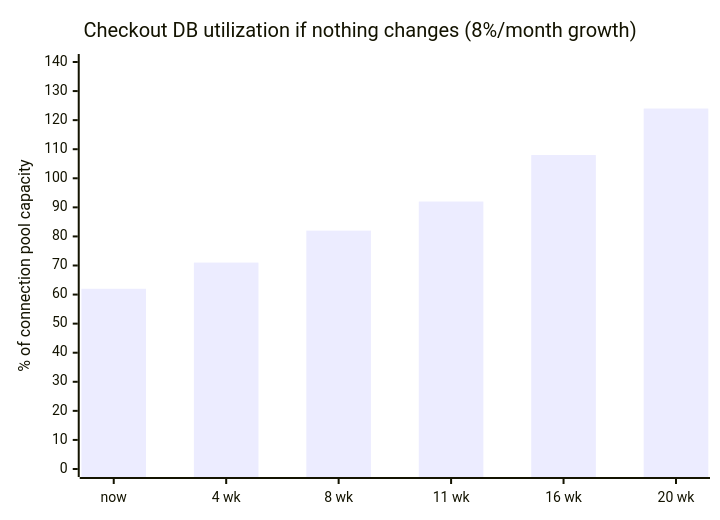
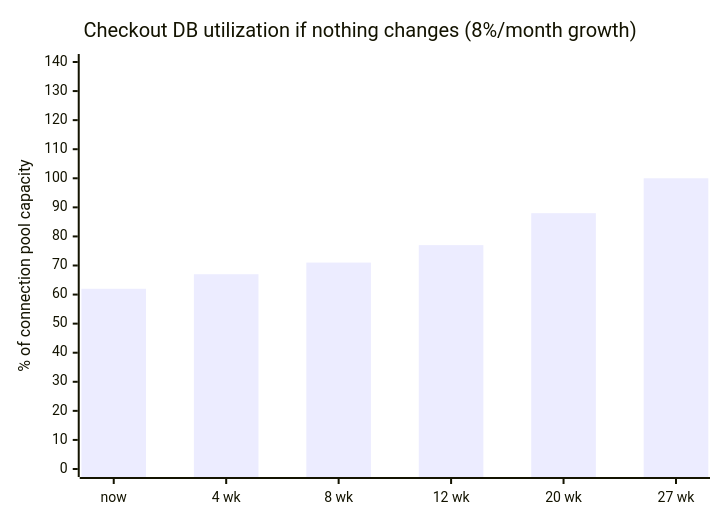
The second of 2 diagrams in src/content/business-communication/translating-technical-risk-business-risk/L2-concept.mdx (francoandreDev/knowledge), drawn with Mermaid before and after one commit. The commit also changed other lines of this file and 76 other files, not shown here.

````diff
--- a/src/content/business-communication/translating-technical-risk-business-risk/L2-concept.mdx
+++ b/src/content/business-communication/translating-technical-risk-business-risk/L2-concept.mdx
@@ -81,7 +81,7 @@
 ```mermaid
 xychart-beta
     title "Checkout DB utilization if nothing changes (8%/month growth)"
-    x-axis ["now", "4 wk", "8 wk", "11 wk", "16 wk", "20 wk"]
+    x-axis ["now", "4 wk", "8 wk", "12 wk", "20 wk", "27 wk"]
     y-axis "% of connection pool capacity" 0 --> 140
-    bar [62, 71, 82, 92, 108, 124]
+    bar [62, 67, 71, 77, 88, 100]
 ```
````
